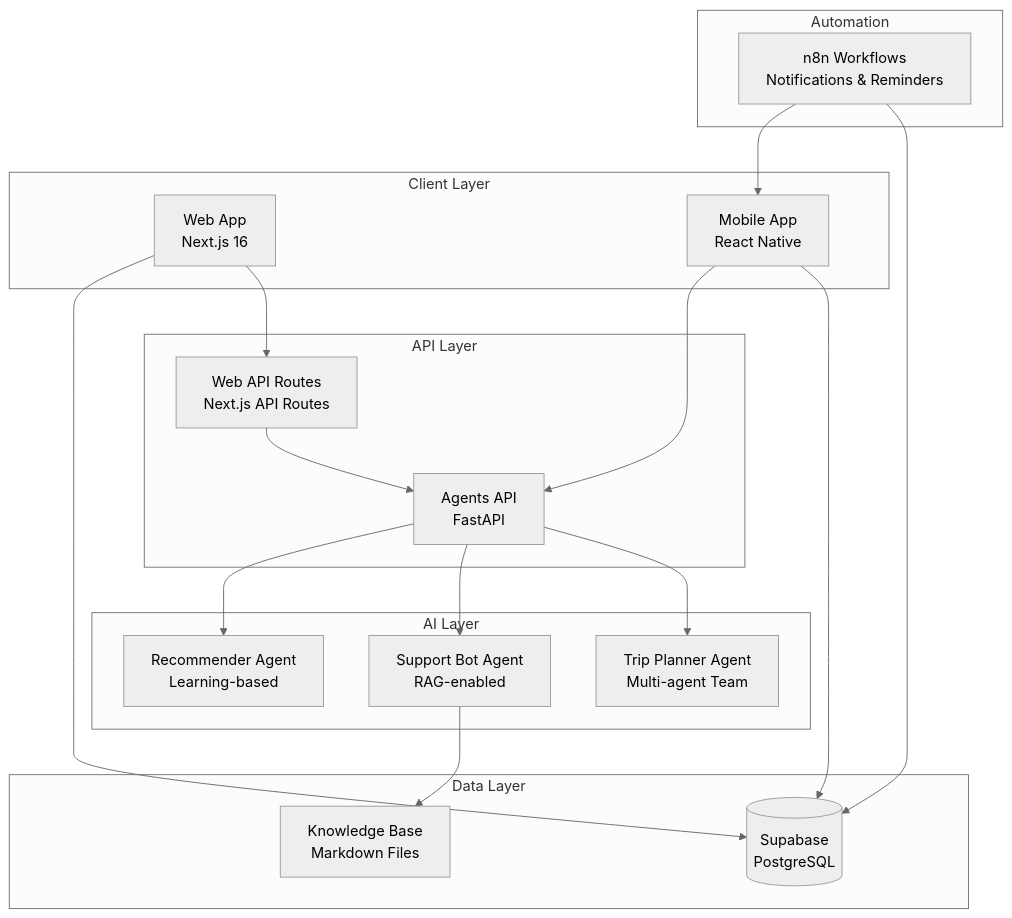
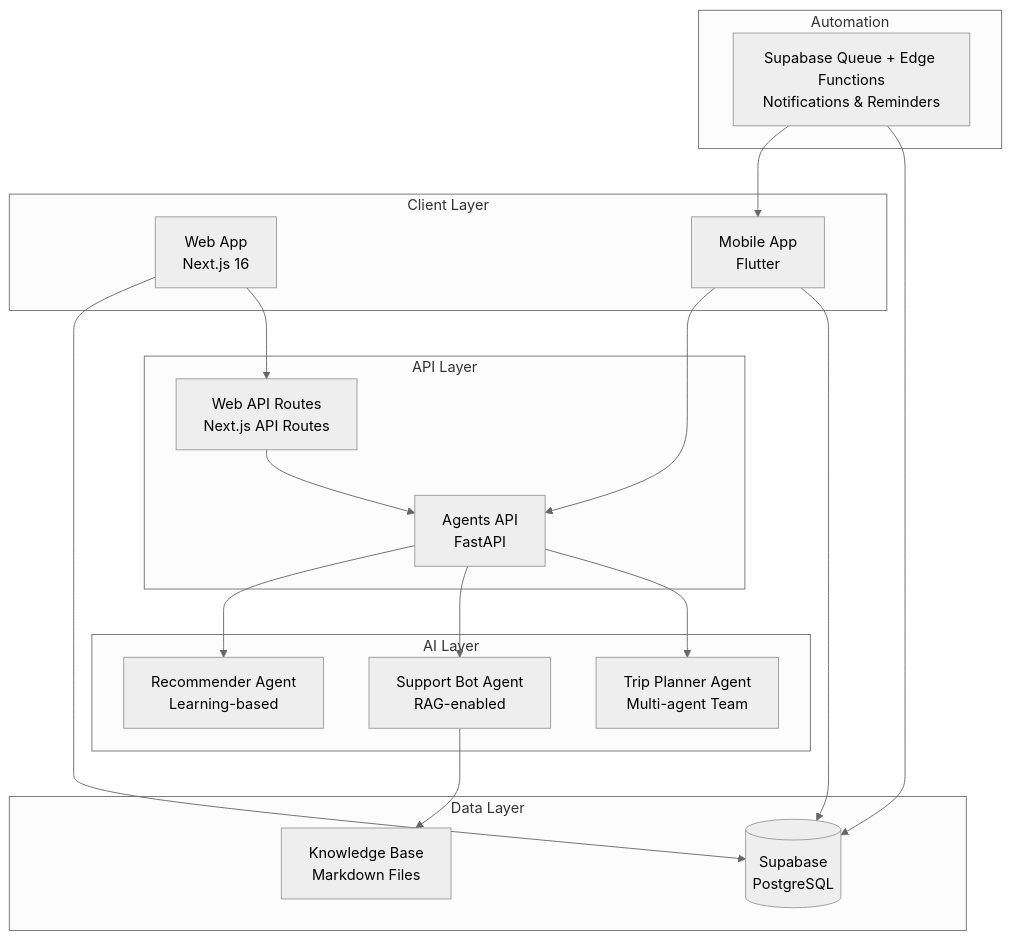
Before and after one commit to appreciatorme-eng/Antigravity: the first of 6 diagrams in docs/REPOSITORY_OVERVIEW.md, drawn with Mermaid (neutral theme). The commit also changed other lines of this file and 1 other file, not shown here.

````diff
--- a/docs/REPOSITORY_OVERVIEW.md
+++ b/docs/REPOSITORY_OVERVIEW.md
@@ -42,39 +47,39 @@
 ```mermaid
 graph TB
     subgraph "Client Layer"
         Web[Web App<br/>Next.js 16]
-        Mobile[Mobile App<br/>React Native]
+        Mobile[Mobile App<br/>Flutter]
     end
     
     subgraph "API Layer"
         AgentsAPI[Agents API<br/>FastAPI]
         WebAPI[Web API Routes<br/>Next.js API Routes]
     end
     
     subgraph "AI Layer"
         TripPlanner[Trip Planner Agent<br/>Multi-agent Team]
         SupportBot[Support Bot Agent<br/>RAG-enabled]
         Recommender[Recommender Agent<br/>Learning-based]
     end
     
     subgraph "Data Layer"
         Supabase[(Supabase<br/>PostgreSQL)]
         Knowledge[Knowledge Base<br/>Markdown Files]
     end
     
     subgraph "Automation"
-        N8N[n8n Workflows<br/>Notifications & Reminders]
+        Queue[Supabase Queue + Edge Functions<br/>Notifications & Reminders]
     end
     
     Web --> WebAPI
     Web --> Supabase
     Mobile --> Supabase
     Mobile --> AgentsAPI
     WebAPI --> AgentsAPI
     AgentsAPI --> TripPlanner
     AgentsAPI --> SupportBot
     AgentsAPI --> Recommender
     SupportBot --> Knowledge
-    N8N --> Supabase
-    N8N --> Mobile
+    Queue --> Supabase
+    Queue --> Mobile
 ```
````
